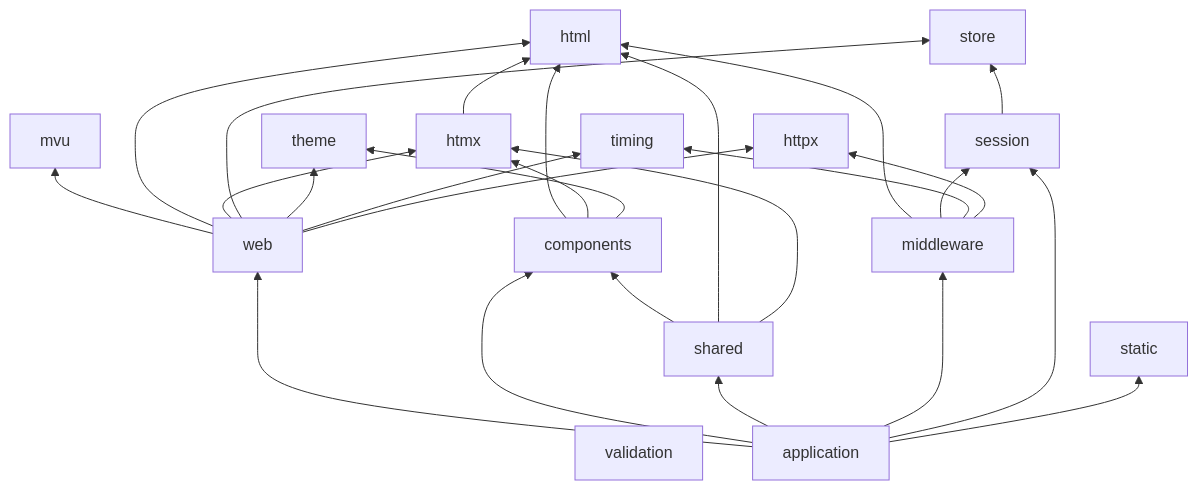
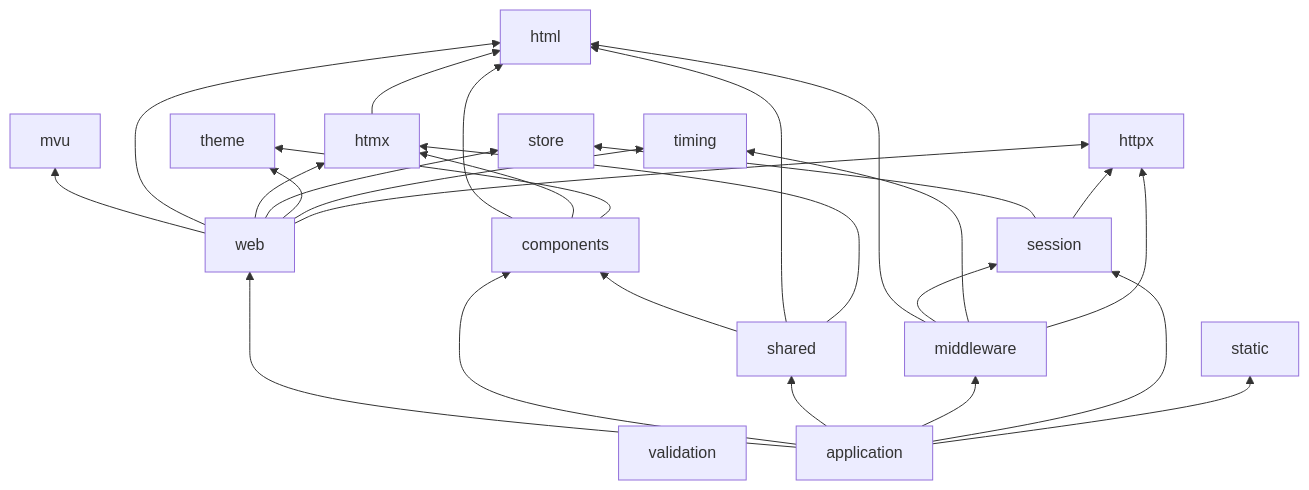
Before and after one commit to dmundt/go-mvu: the first of 2 diagrams in docs/architecture.md, drawn with Mermaid. The commit also changed other lines of this file and 43 other files, not shown here.

````diff
--- a/docs/architecture.md
+++ b/docs/architecture.md
@@ -45,11 +45,11 @@
 ```mermaid
 flowchart BT
   html; mvu; store; theme; static; validation; timing; httpx
   htmx --> html
-  session --> store
+  session --> store & httpx
   middleware --> html & session & timing & httpx
   components --> html & htmx & theme
   shared --> components & html & htmx
   web --> mvu & html & htmx & store & theme & timing & httpx
   app[application] --> web & components & shared & middleware & session & static
 ```
````
